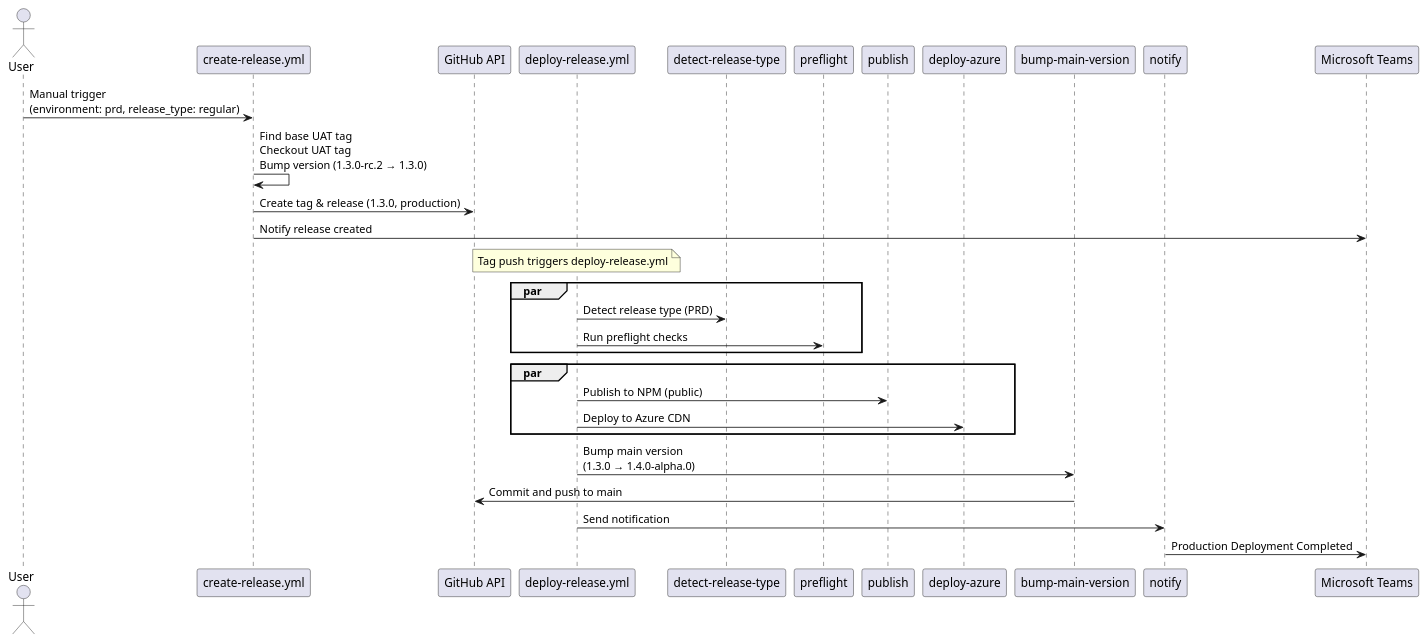
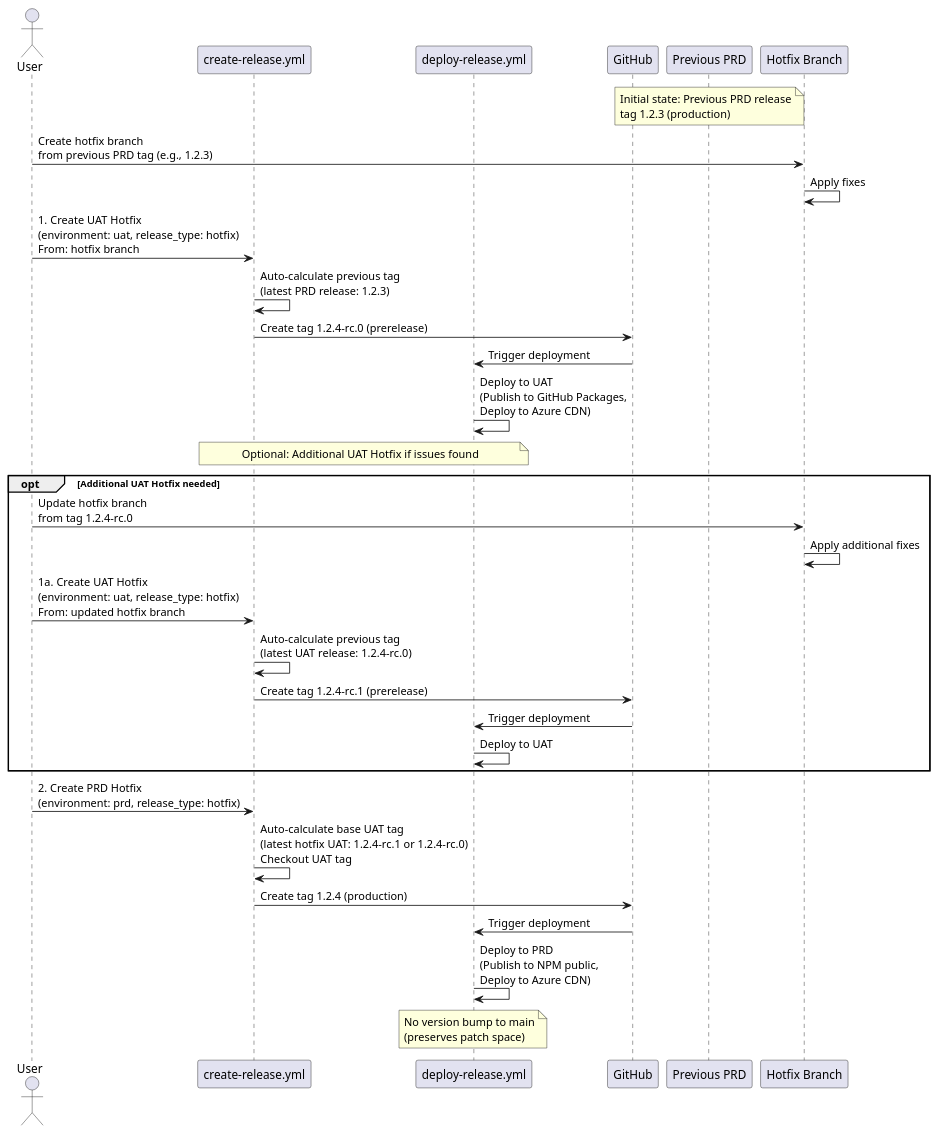
The second of 2 diagrams in RELEASE_PIPELINE.md (chili-publish/studio-sdk), drawn with PlantUML before and after one commit. The commit also changed other lines of this file, not shown here.

````diff
--- a/RELEASE_PIPELINE.md
+++ b/RELEASE_PIPELINE.md
@@ -82,38 +49,40 @@
 ```plantuml
 @startuml
 actor User
 participant "create-release.yml" as CreateRelease
-participant "GitHub API" as GitHub
 participant "deploy-release.yml" as DeployRelease
-participant "detect-release-type" as Detect
-participant "preflight" as Preflight
-participant "publish" as Publish
-participant "deploy-azure" as Azure
-participant "bump-main-version" as BumpVersion
-participant "notify" as Notify
-participant "Microsoft Teams" as Teams
+participant "GitHub" as GitHub
+participant "Previous PRD" as PRD
+participant "Hotfix Branch" as HotfixBranch
 
-User -> CreateRelease: Manual trigger\n(environment: prd, release_type: regular)
-CreateRelease -> CreateRelease: Find base UAT tag\nCheckout UAT tag\nBump version (1.3.0-rc.2 → 1.3.0)
-CreateRelease -> GitHub: Create tag & release (1.3.0, production)
-CreateRelease -> Teams: Notify release created
+note over PRD: Initial state: Previous PRD release\ntag 1.2.3 (production)
 
-note over DeployRelease: Tag push triggers deploy-release.yml
+User -> HotfixBranch: Create hotfix branch\nfrom previous PRD tag (e.g., 1.2.3)
+HotfixBranch -> HotfixBranch: Apply fixes
+User -> CreateRelease: 1. Create UAT Hotfix\n(environment: uat, release_type: hotfix)\nFrom: hotfix branch
+CreateRelease -> CreateRelease: Auto-calculate previous tag\n(latest PRD release: 1.2.3)
+CreateRelease -> GitHub: Create tag 1.2.4-rc.0 (prerelease)
+GitHub -> DeployRelease: Trigger deployment
+DeployRelease -> DeployRelease: Deploy to UAT\n(Publish to GitHub Packages,\nDeploy to Azure CDN)
 
-par
-    DeployRelease -> Detect: Detect release type (PRD)
-    DeployRelease -> Preflight: Run preflight checks
+note over CreateRelease,DeployRelease: Optional: Additional UAT Hotfix if issues found
+
+opt Additional UAT Hotfix needed
+    User -> HotfixBranch: Update hotfix branch\nfrom tag 1.2.4-rc.0
+    HotfixBranch -> HotfixBranch: Apply additional fixes
+    User -> CreateRelease: 1a. Create UAT Hotfix\n(environment: uat, release_type: hotfix)\nFrom: updated hotfix branch
+    CreateRelease -> CreateRelease: Auto-calculate previous tag\n(latest UAT release: 1.2.4-rc.0)
+    CreateRelease -> GitHub: Create tag 1.2.4-rc.1 (prerelease)
+    GitHub -> DeployRelease: Trigger deployment
+    DeployRelease -> DeployRelease: Deploy to UAT
 end
 
-par
-    DeployRelease -> Publish: Publish to NPM (public)
-    DeployRelease -> Azure: Deploy to Azure CDN
-end
+User -> CreateRelease: 2. Create PRD Hotfix\n(environment: prd, release_type: hotfix)
+CreateRelease -> CreateRelease: Auto-calculate base UAT tag\n(latest hotfix UAT: 1.2.4-rc.1 or 1.2.4-rc.0)\nCheckout UAT tag
+CreateRelease -> GitHub: Create tag 1.2.4 (production)
+GitHub -> DeployRelease: Trigger deployment
+DeployRelease -> DeployRelease: Deploy to PRD\n(Publish to NPM public,\nDeploy to Azure CDN)
+note over DeployRelease: No version bump to main\n(preserves patch space)
 
-DeployRelease -> BumpVersion: Bump main version\n(1.3.0 → 1.4.0-alpha.0)
-BumpVersion -> GitHub: Commit and push to main
-
-DeployRelease -> Notify: Send notification
-Notify -> Teams: Production Deployment Completed
 @enduml
 ```
````
